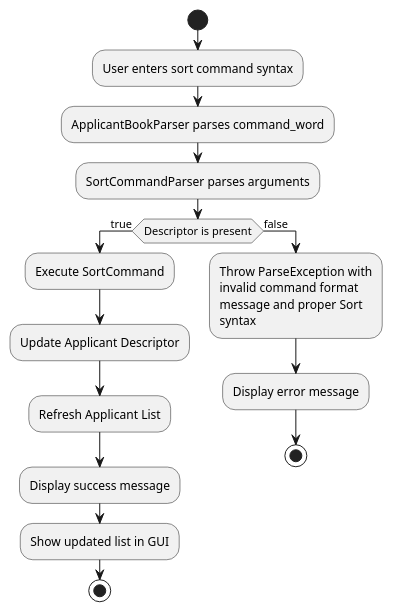
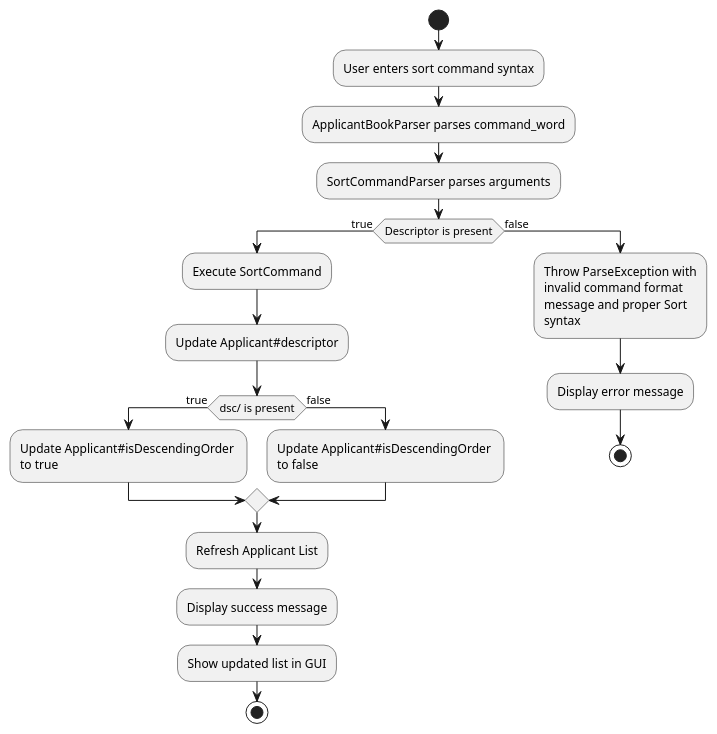
The diagram in diagrams/SortCommandActivityDiagram.puml (craigtonlian/tp), drawn with PlantUML before and after one commit. The commit also changed 41 other files, not shown here.

```diff
--- a/diagrams/SortCommandActivityDiagram.puml
+++ b/diagrams/SortCommandActivityDiagram.puml
@@ -1,22 +1,31 @@
 @startuml
 'https://plantuml.com/activity-diagram-beta
 
 start
 :User enters sort command syntax;
 :ApplicantBookParser parses command_word;
 :SortCommandParser parses arguments;
 if (Descriptor is present) then (true)
   :Execute SortCommand;
-  :Update Applicant Descriptor;
+  :Update Applicant#descriptor;
+    if (dsc/ is present) then (true)
+  :Update Applicant#isDescendingOrder \nto true;
+
+    else (false)
+  :Update Applicant#isDescendingOrder \nto false;
+  endif
+
+
   :Refresh Applicant List;
   :Display success message;
   :Show updated list in GUI;
   stop
+
 else (false)
     :Throw ParseException with
     invalid command format
     message and proper Sort
     syntax;
     :Display error message;
     stop
 @enduml
```
